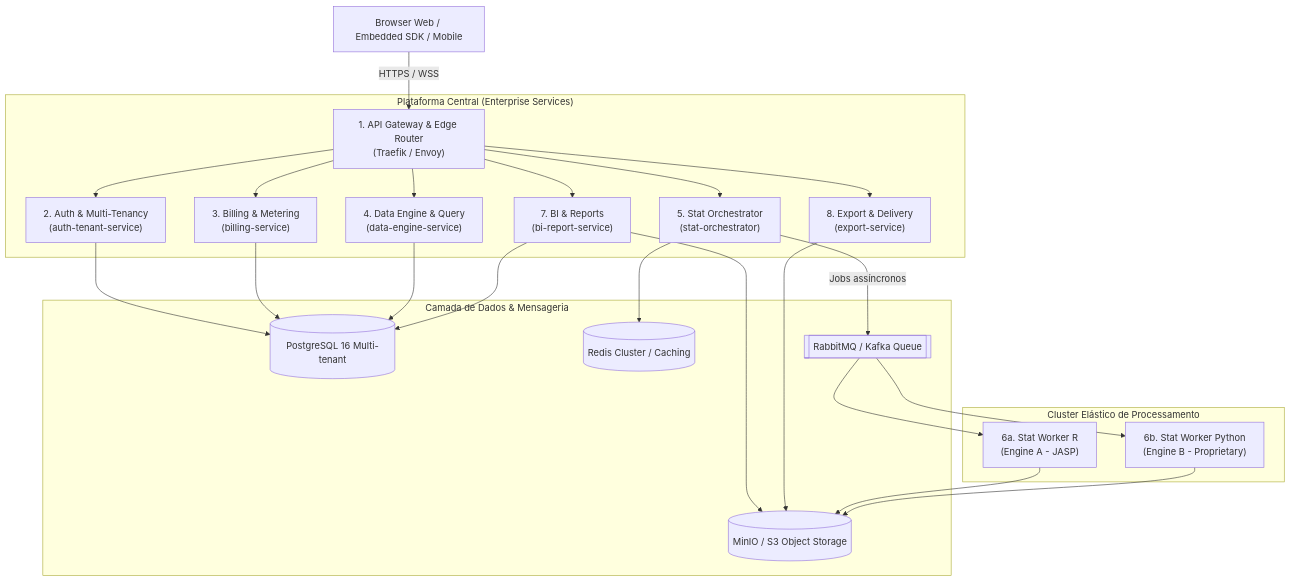
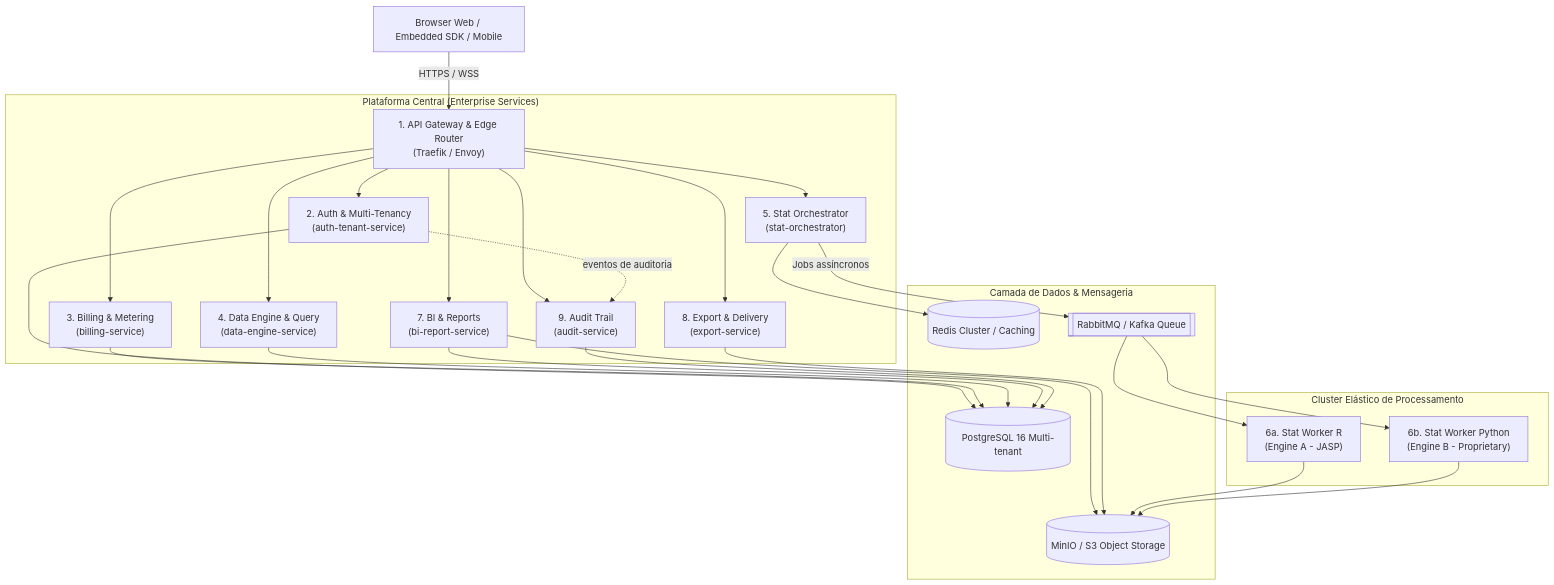
The diagram in PLAN.md (Felipe-Takayuki/metastatistic-commercial), drawn with Mermaid before and after one commit. The commit also changed other lines of this file and 1 other file, not shown here.

````diff
--- a/PLAN.md
+++ b/PLAN.md
@@ -94,36 +114,39 @@
 ```mermaid
 flowchart TD
     Client["Browser Web / Embedded SDK / Mobile"] -->|HTTPS / WSS| Gateway["1. API Gateway & Edge Router\n(Traefik / Envoy)"]
 
     subgraph Core_Services["Plataforma Central (Enterprise Services)"]
         Gateway --> Auth["2. Auth & Multi-Tenancy\n(auth-tenant-service)"]
         Gateway --> Billing["3. Billing & Metering\n(billing-service)"]
         Gateway --> DataEng["4. Data Engine & Query\n(data-engine-service)"]
         Gateway --> StatOrch["5. Stat Orchestrator\n(stat-orchestrator)"]
         Gateway --> BIReport["7. BI & Reports\n(bi-report-service)"]
         Gateway --> Export["8. Export & Delivery\n(export-service)"]
+        Gateway --> Audit["9. Audit Trail\n(audit-service)"]
+        Auth -.->|eventos de auditoria| Audit
     end
 
     subgraph Data_Storage["Camada de Dados & Mensageria"]
         Postgres[(PostgreSQL 16 Multi-tenant)]
         Redis[(Redis Cluster / Caching)]
         RabbitMQ[[RabbitMQ / Kafka Queue]]
         S3[(MinIO / S3 Object Storage)]
     end
 
     subgraph Workers["Cluster Elástico de Processamento"]
         StatOrch -->|Jobs assíncronos| RabbitMQ
         RabbitMQ --> WorkerR["6a. Stat Worker R\n(Engine A - JASP)"]
         RabbitMQ --> WorkerPy["6b. Stat Worker Python\n(Engine B - Proprietary)"]
     end
 
     Auth --> Postgres
     Billing --> Postgres
     DataEng --> Postgres
     BIReport --> Postgres
     BIReport --> S3
     Export --> S3
+    Audit --> Postgres
     StatOrch --> Redis
     WorkerR --> S3
     WorkerPy --> S3
 ```
````
